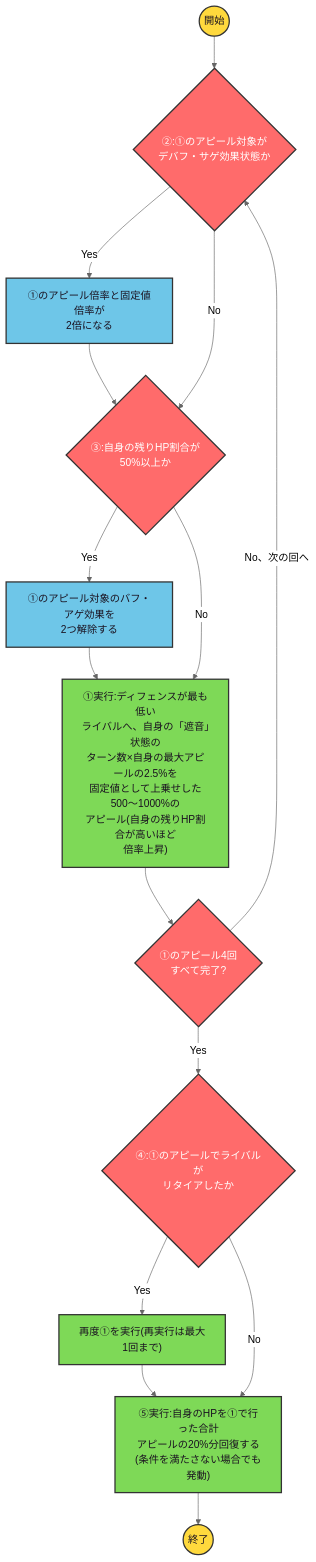
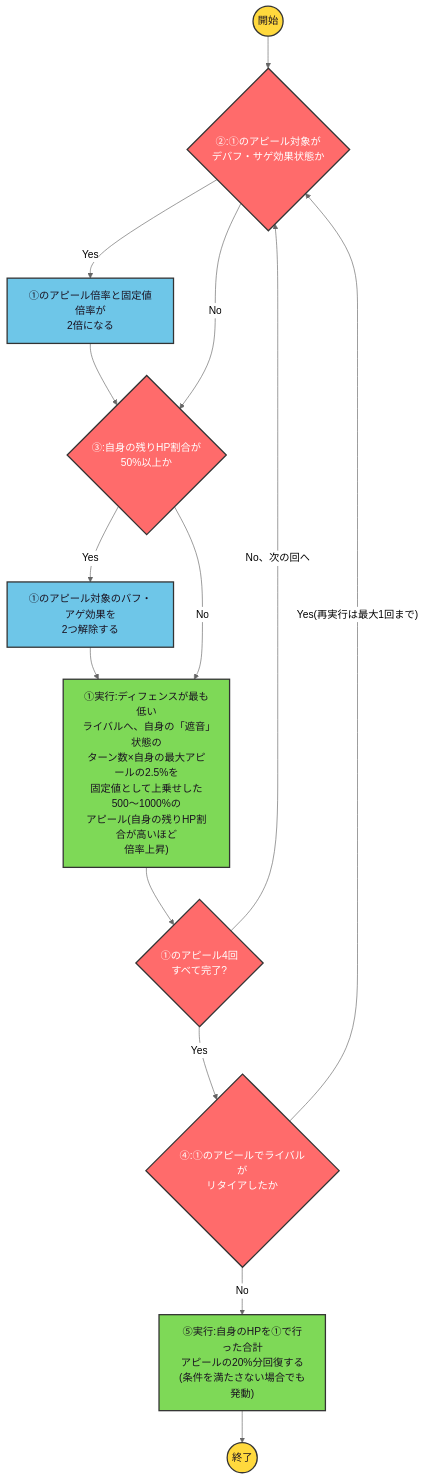
One commit to ryomochi0918/nogifra-characters changed the diagram in data/kawasaki_sakura/kokoronimonaikoto_skill2.mmd. Above: the diagram before and after it, drawn with Mermaid (neutral theme). The commit also changed 64 other files, not shown here.

```diff
--- a/data/kawasaki_sakura/kokoronimonaikoto_skill2.mmd
+++ b/data/kawasaki_sakura/kokoronimonaikoto_skill2.mmd
@@ -1,17 +1,17 @@
 flowchart TD
     classDef startend fill:#FFD93D,stroke:#333,stroke-width:2px,color:#1a1220;
     classDef cond fill:#FF6B6B,stroke:#333,stroke-width:2px,color:#ffffff;
     classDef effect fill:#6EC6E8,stroke:#333,stroke-width:2px,color:#1a1220;
     classDef action fill:#7ED957,stroke:#333,stroke-width:2px,color:#1a1220;
 
     start(("開始")):::startend --> c2
     c2{"②:①のアピール対象が<br/>デバフ・サゲ効果状態か"}:::cond
     c2 -->|"Yes"| e2["①のアピール倍率と固定値倍率が<br/>2倍になる"]:::effect --> c3
     c2 -->|"No"| c3{"③:自身の残りHP割合が<br/>50%以上か"}:::cond
     c3 -->|"Yes"| e3["①のアピール対象のバフ・アゲ効果を<br/>2つ解除する"]:::effect --> a1
     c3 -->|"No"| a1["①実行:ディフェンスが最も低い<br/>ライバルへ、自身の「遮音」状態の<br/>ターン数×自身の最大アピールの2.5%を<br/>固定値として上乗せした500〜1000%の<br/>アピール(自身の残りHP割合が高いほど<br/>倍率上昇)"]:::action --> lc1
     lc1{"①のアピール4回<br/>すべて完了?"}:::cond
     lc1 -->|"No、次の回へ"| c2
     lc1 -->|"Yes"| c4{"④:①のアピールでライバルが<br/>リタイアしたか"}:::cond
-    c4 -->|"Yes"| a4["再度①を実行(再実行は最大1回まで)"]:::action --> a5
+    c4 -->|"Yes(再実行は最大1回まで)"| c2
     c4 -->|"No"| a5["⑤実行:自身のHPを①で行った合計<br/>アピールの20%分回復する<br/>(条件を満たさない場合でも発動)"]:::action --> finish(("終了")):::startend
```
